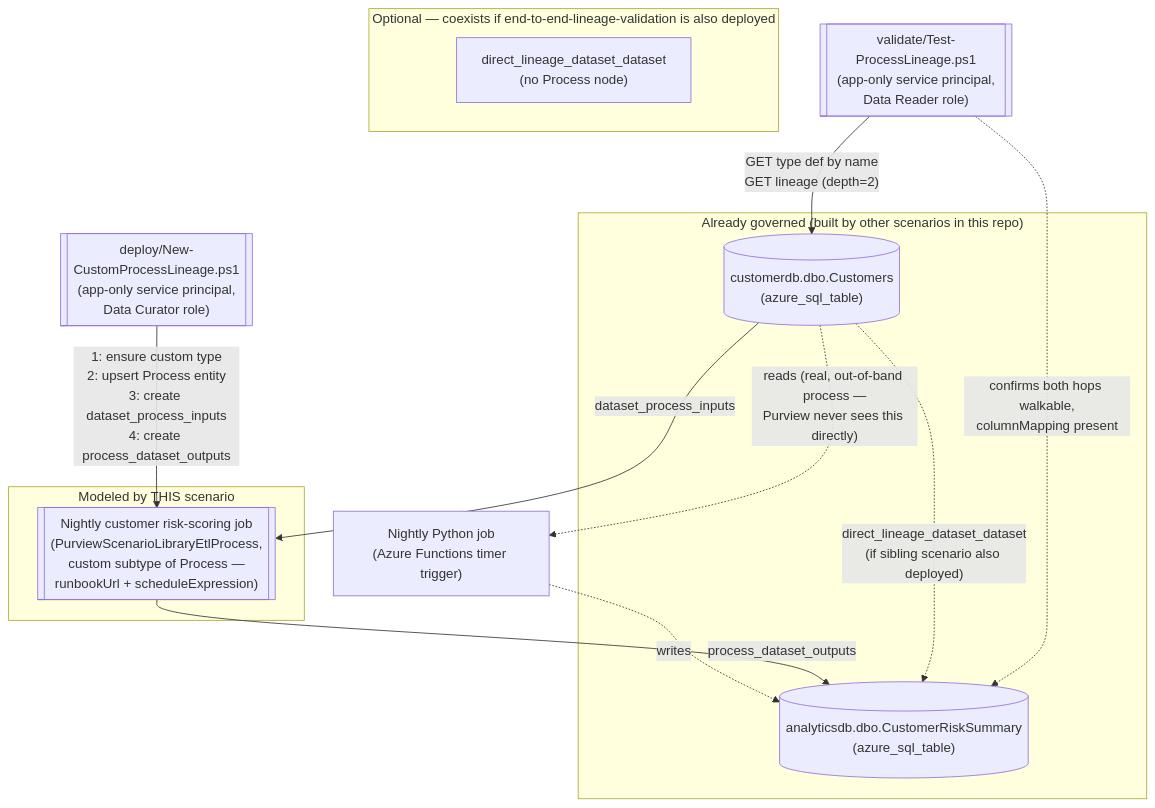
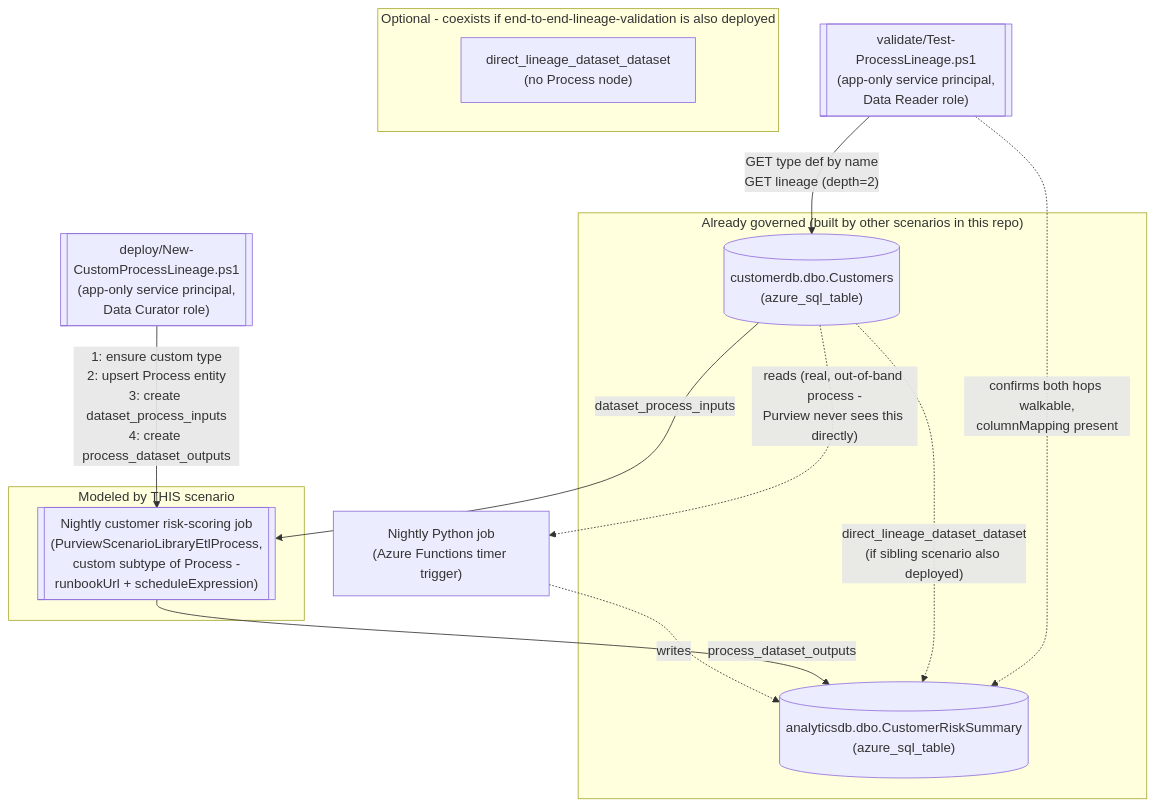
Before and after one commit to kpsec1/purview-scenario-library: the diagram in scenarios/data-lineage/custom-process-lineage/README.md, drawn with Mermaid. The commit also changed other lines of this file and 451 other files, not shown here.

````diff
--- a/scenarios/data-lineage/custom-process-lineage/README.md
+++ b/scenarios/data-lineage/custom-process-lineage/README.md
@@ -52,29 +52,29 @@
 ```mermaid
 flowchart TD
     subgraph Assets["Already governed (built by other scenarios in this repo)"]
         Src[("customerdb.dbo.Customers<br/>(azure_sql_table)")]
         Dst[("analyticsdb.dbo.CustomerRiskSummary<br/>(azure_sql_table)")]
     end
 
     subgraph Modeled["Modeled by THIS scenario"]
-        Proc[["Nightly customer risk-scoring job<br/>(PurviewScenarioLibraryEtlProcess,<br/>custom subtype of Process —<br/>runbookUrl + scheduleExpression)"]]
+        Proc[["Nightly customer risk-scoring job<br/>(PurviewScenarioLibraryEtlProcess,<br/>custom subtype of Process -<br/>runbookUrl + scheduleExpression)"]]
     end
 
-    subgraph Sibling["Optional — coexists if end-to-end-lineage-validation is also deployed"]
+    subgraph Sibling["Optional - coexists if end-to-end-lineage-validation is also deployed"]
         DirectEdge["direct_lineage_dataset_dataset<br/>(no Process node)"]
     end
 
     Deployer[["deploy/New-CustomProcessLineage.ps1<br/>(app-only service principal,<br/>Data Curator role)"]]
     Validator[["validate/Test-ProcessLineage.ps1<br/>(app-only service principal,<br/>Data Reader role)"]]
 
-    Src -. "reads (real, out-of-band process —<br/>Purview never sees this directly)" .-> RealJob["Nightly Python job<br/>(Azure Functions timer trigger)"]
+    Src -. "reads (real, out-of-band process -<br/>Purview never sees this directly)" .-> RealJob["Nightly Python job<br/>(Azure Functions timer trigger)"]
     RealJob -. "writes" .-> Dst
 
     Deployer -- "1: ensure custom type<br/>2: upsert Process entity<br/>3: create dataset_process_inputs<br/>4: create process_dataset_outputs" --> Proc
     Src -->|"dataset_process_inputs"| Proc
     Proc -->|"process_dataset_outputs"| Dst
     Src -.->|"direct_lineage_dataset_dataset<br/>(if sibling scenario also deployed)"| Dst
 
     Validator -- "GET type def by name<br/>GET lineage (depth=2)" --> Src
     Validator -. "confirms both hops walkable,<br/>columnMapping present" .-> Dst
 ```
````
